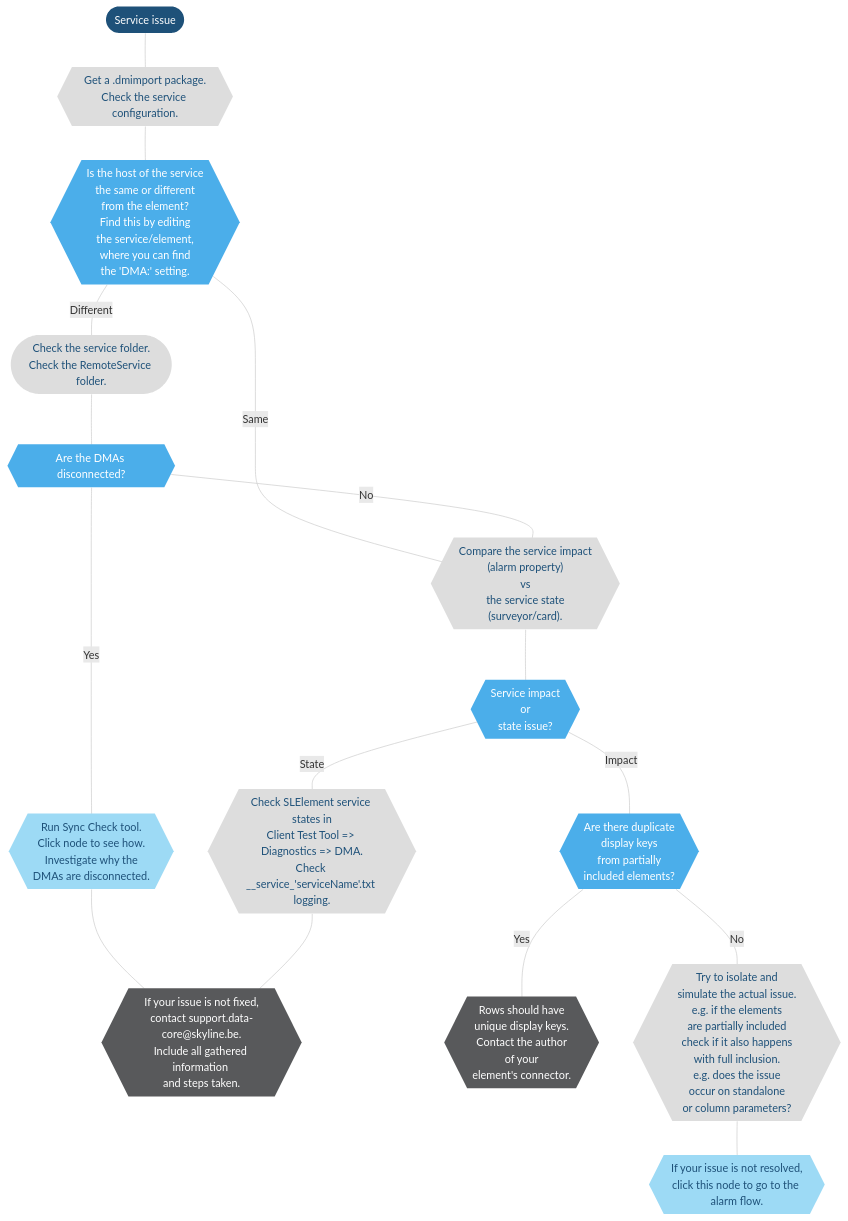
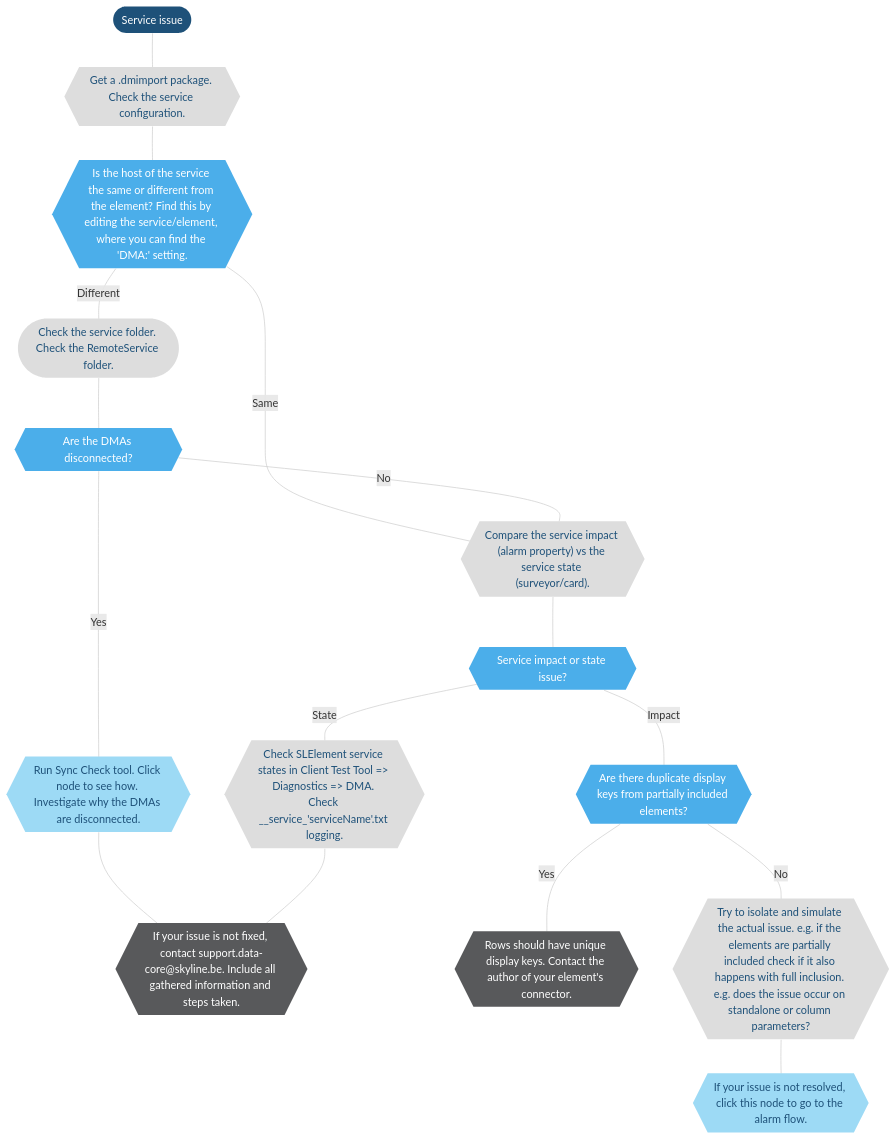
One commit to SkylineCommunications/dataminer-docs changed the diagram in user-guide/Troubleshooting/Troubleshooting_Flowcharts/Troubleshooting_Services.md. Above: the diagram before and after it, drawn with Mermaid. The commit also changed 8 other files, not shown here.

````diff
--- a/user-guide/Troubleshooting/Troubleshooting_Flowcharts/Troubleshooting_Services.md
+++ b/user-guide/Troubleshooting/Troubleshooting_Flowcharts/Troubleshooting_Services.md
@@ -13,52 +13,52 @@
 ```mermaid
 flowchart TD
 %% Define styles %%
 linkStyle default stroke:#cccccc
 classDef classTerminal fill:#1e5179,stroke:#1e5179,color:#ffffff,stroke-width:0px;
 classDef classDecision fill:#4baeea,stroke:#4baeea,color:#ffffff,stroke-width:0px;
 classDef classExternalRef fill:#9ddaf5,stroke:#9ddaf5,color:#1E5179,stroke-width:0px;
 classDef classActionClickable fill:#999999,stroke:#999999,color:#ffffff,stroke-width:0px;
 classDef classAction fill:#dddddd,stroke:#dddddd,color:#1E5179,stroke-width:0px;
 classDef classSolution fill:#58595b,stroke:#58595b,color:#ffffff,stroke-width:0px;
 %% Define blocks %%
 START([Service issue])
-GetDELT{{Get a .dmimport package.\nCheck the service configuration.}}
-HostInfo{{Is the host of the service \nthe same or different \nfrom the element?\nFind this by editing \nthe service/element, \nwhere you can find \nthe 'DMA:' setting.}}
-DifferentHost([Check the service folder.\nCheck the RemoteService folder.])
-SameHost{{"Compare the service impact \n(alarm property) \nvs\nthe service state \n(surveyor/card)."}}
+GetDELT{{Get a .dmimport package. Check the service configuration.}}
+HostInfo{{Is the host of the service the same or different from the element? Find this by editing the service/element, where you can find the 'DMA:' setting.}}
+DifferentHost([Check the service folder. Check the RemoteService folder.])
+SameHost{{"Compare the service impact (alarm property) vs the service state (surveyor/card)."}}
 DMAsDisconnected{{Are the DMAs disconnected?}}
-SyncCheck{{Run Sync Check tool.\nClick node to see how.\nInvestigate why the \nDMAs are disconnected.}}
-NotFixed{{"If your issue is not fixed,\ncontact support.data-core@skyline.be.\nInclude all gathered information \nand steps taken."}}
-ImpactOrStateIssue{{Service impact \nor \nstate issue?}}
-StateIssue{{Check SLElement service states in\nClient Test Tool => Diagnostics => DMA.\nCheck __service_'serviceName'.txt logging.}}
-ImpactIssue{{Are there duplicate \ndisplay keys\nfrom partially \nincluded elements?}}
-NotFixedProtocolIssue{{Rows should have \nunique display keys.\nContact the author \nof your \nelement's connector.}}
-IsolateIssue{{Try to isolate and \nsimulate the actual issue.\ne.g. if the elements \nare partially included\ncheck if it also happens \nwith full inclusion.\ne.g. does the issue \noccur on standalone \nor column parameters?}}
-Alarms{{If your issue is not resolved,\nclick this node to go to the alarm flow.}}
+SyncCheck{{Run Sync Check tool. Click node to see how. Investigate why the DMAs are disconnected.}}
+NotFixed{{"If your issue is not fixed, contact support.data-core@skyline.be. Include all gathered information and steps taken."}}
+ImpactOrStateIssue{{Service impact or state issue?}}
+StateIssue{{Check SLElement service states in Client Test Tool => Diagnostics => DMA. Check __service_'serviceName'.txt logging.}}
+ImpactIssue{{Are there duplicate display keys from partially included elements?}}
+NotFixedProtocolIssue{{Rows should have unique display keys. Contact the author of your element's connector.}}
+IsolateIssue{{Try to isolate and simulate the actual issue. e.g. if the elements are partially included check if it also happens with full inclusion. e.g. does the issue occur on standalone or column parameters?}}
+Alarms{{If your issue is not resolved, click this node to go to the alarm flow.}}
 %% Connect blocks %%
 START --- GetDELT
 GetDELT --- HostInfo
 HostInfo --- |Different|DifferentHost
 HostInfo --- |Same|SameHost
 DifferentHost --- DMAsDisconnected
 DMAsDisconnected --- |No|SameHost
 DMAsDisconnected --- |Yes|SyncCheck
 SyncCheck --- NotFixed
 SameHost --- ImpactOrStateIssue
 ImpactOrStateIssue --- |State|StateIssue
 ImpactOrStateIssue --- |Impact|ImpactIssue
 StateIssue --- NotFixed
 ImpactIssue --- |Yes|NotFixedProtocolIssue
 ImpactIssue --- |No|IsolateIssue
 IsolateIssue --- Alarms
 %% Define hyperlinks %%
 click SyncCheck "/user-guide/Reference/DataMiner_Tools/Sync_Check.html"
 click Alarms "/user-guide/Troubleshooting/Troubleshooting_Flowcharts/Troubleshooting_Alarms.html"
 %% Apply styles to blocks %%
 class START classTerminal;
 class ServiceConsole,Surveyor,Apps,Trending,SyncCheck,Alarms classExternalRef;
 %%class classActionClickable;
 class GetDELT,DifferentHost,SameHost,StateIssue,IsolateIssue classAction;
 class HostInfo,DMAsDisconnected,ImpactOrStateIssue,ImpactIssue classDecision;
 class NotFixed,NotFixedProtocolIssue classSolution;
 ```
````
